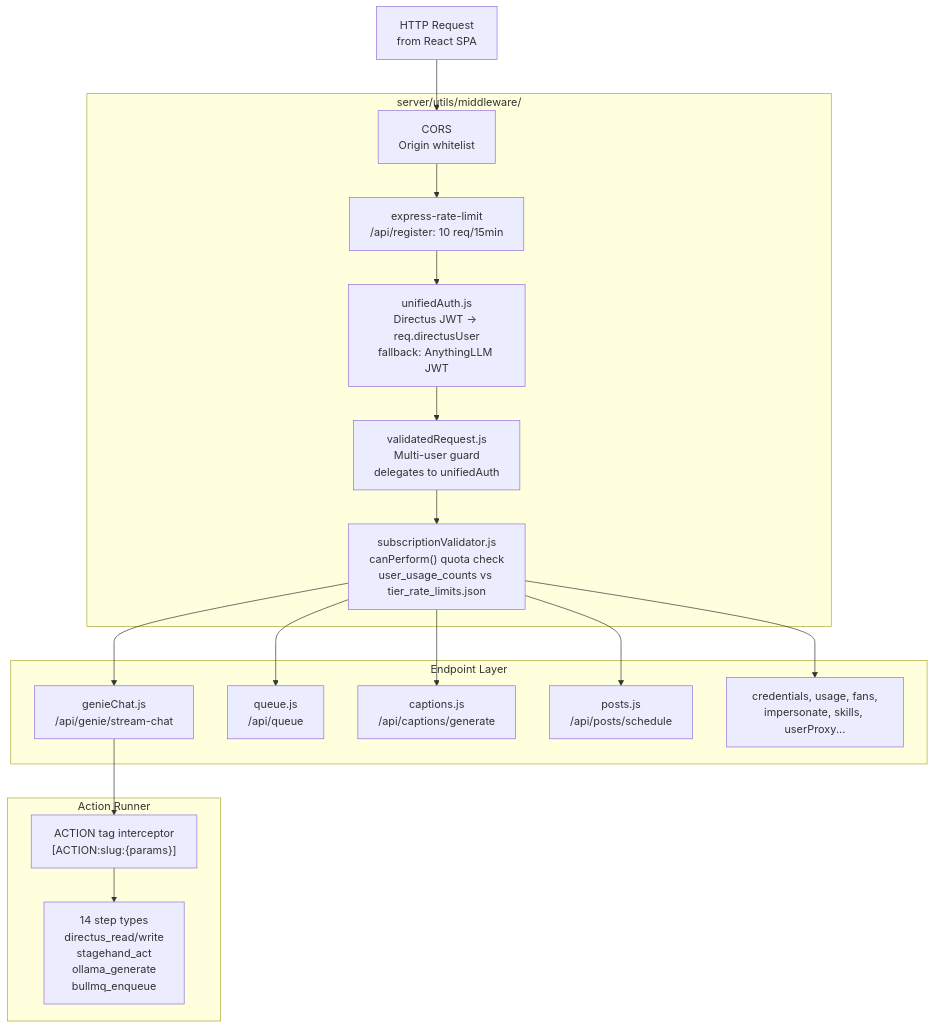
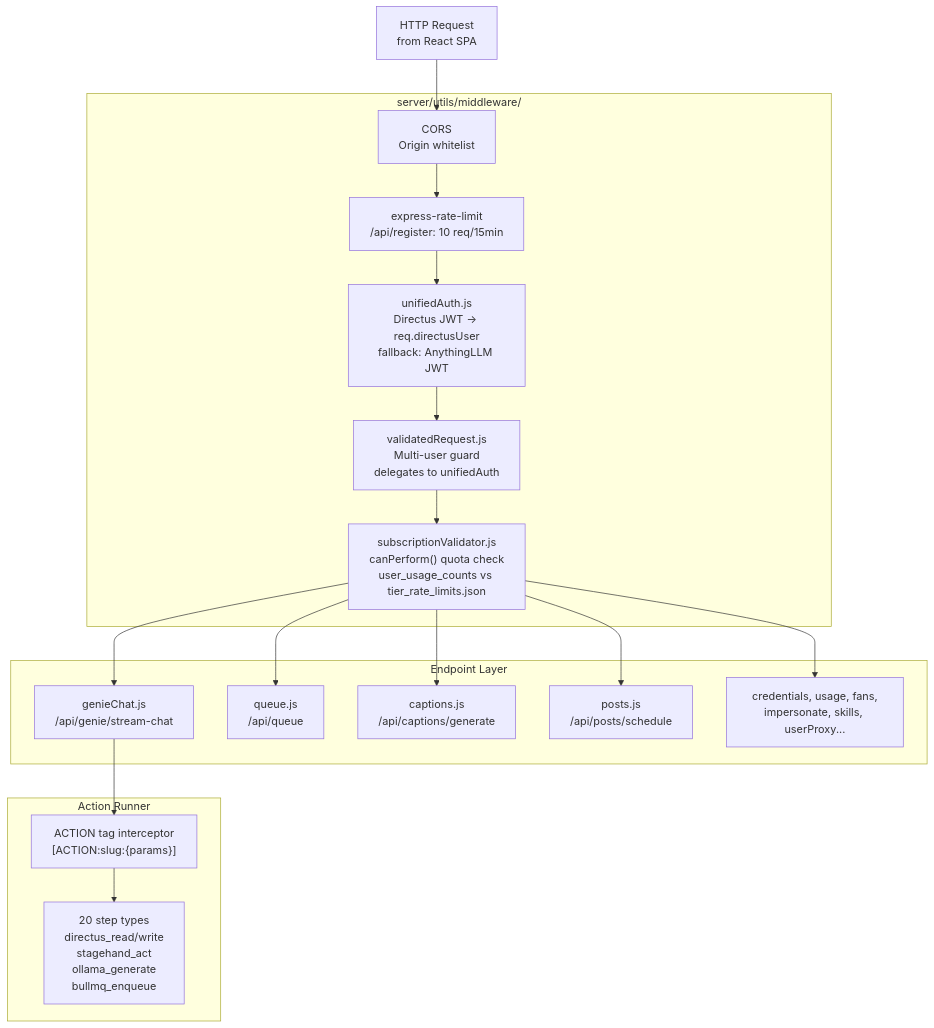
One commit to mintlify-atlas/docs-atlas-a1757efd changed the third of 3 diagrams in developer/architecture.mdx. Above: the diagram before and after it, drawn with Mermaid. The commit also changed other lines of this file and 6 other files, not shown here.

First line of the commit message:
fix: content audit fixes — correct tool names, step types, pricing, and remove hallucinations

````diff
--- a/developer/architecture.mdx
+++ b/developer/architecture.mdx
@@ -149,38 +149,38 @@
 ```mermaid
 flowchart TD
     Request["HTTP Request\nfrom React SPA"]
 
     subgraph MIDDLEWARE["server/utils/middleware/"]
         CORS["CORS\nOrigin whitelist"]
         Rate["express-rate-limit\n/api/register: 10 req/15min"]
         UnifiedAuth["unifiedAuth.js\nDirectus JWT → req.directusUser\nfallback: AnythingLLM JWT"]
         ValidatedReq["validatedRequest.js\nMulti-user guard\ndelegates to unifiedAuth"]
         SubscriptionVal["subscriptionValidator.js\ncanPerform() quota check\nuser_usage_counts vs tier_rate_limits.json"]
     end
 
     subgraph ENDPOINTS["Endpoint Layer"]
         GenieChat["genieChat.js\n/api/genie/stream-chat"]
         Queue["queue.js\n/api/queue"]
         Captions["captions.js\n/api/captions/generate"]
         Posts["posts.js\n/api/posts/schedule"]
         Other["credentials, usage, fans,\nimpersonate, skills, userProxy..."]
     end
 
     subgraph ACTION["Action Runner"]
         Intercept["ACTION tag interceptor\n[ACTION:slug:{params}]"]
-        Runner["14 step types\ndirectus_read/write\nstagehand_act\nollama_generate\nbullmq_enqueue"]
+        Runner["20 step types\ndirectus_read/write\nstagehand_act\nollama_generate\nbullmq_enqueue"]
     end
 
     Request --> CORS
     CORS --> Rate
     Rate --> UnifiedAuth
     UnifiedAuth --> ValidatedReq
     ValidatedReq --> SubscriptionVal
     SubscriptionVal --> GenieChat
     SubscriptionVal --> Queue
     SubscriptionVal --> Captions
     SubscriptionVal --> Posts
     SubscriptionVal --> Other
     GenieChat --> Intercept
     Intercept --> Runner
 ```
````
